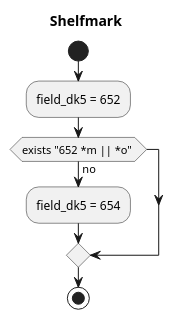
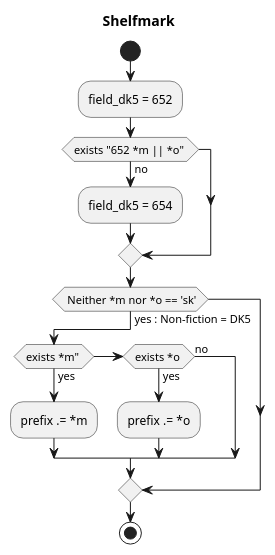
One commit to danskernesdigitalebibliotek/plantuml changed the diagram in docs/react/localisation/shelfmark2.puml. Above: the diagram before and after it, drawn with PlantUML.

```diff
--- a/docs/react/localisation/shelfmark2.puml
+++ b/docs/react/localisation/shelfmark2.puml
@@ -1,28 +1,46 @@
 @startuml
 title Shelfmark
 
 ' Skinparams '
 skinparam monochrome true
 'skinparam handwritten true
 
 ' Participants
 start
 /'
         // Look for the marc field to get DK5 classification from. We require
         // that either 'm' or 'o' subfield is present and prefer 652. If this is
         // not the case we'll try the outdated marc field 654 for DK5.
         $field_dk5 = fbs_get_marc_field($entity, '652');
         if (empty($field_dk5['m']) && empty($field_dk5['o'])) {
           $field_dk5 = fbs_get_marc_field($entity, '654');
         }
 '/
 ':Set empty $prefix
 :field_dk5 = 652;
 if (exists "652 *m || *o" ) then (no)
     :field_dk5 = 654;
 endif
 
 
+/'
+        // Non-fiction: Look for the 'sk' marker in both 'm' and 'o' subfield.
+        // If it's not present in any of these, we consider the material be to
+        // be non-fiction and we should use the special prefix for non-fiction
+        // materials.
+        if ($field_dk5_m !== 'sk' && $field_dk5_o !== 'sk') {
+'/
+
+'if ( *m !== 'sk' \n&& *o !== 'sk') then (yes : Non-fiction)
+if ( Neither *m nor *o == 'sk') then (yes : Non-fiction = DK5)
+    if (exists *m" ) then (yes)
+        :prefix .= *m;
+    elseif (exists *o ) then (yes)
+        :prefix .= *o;
+    else (no)
+    endif
+
+endif
 
 stop
 @enduml
```
